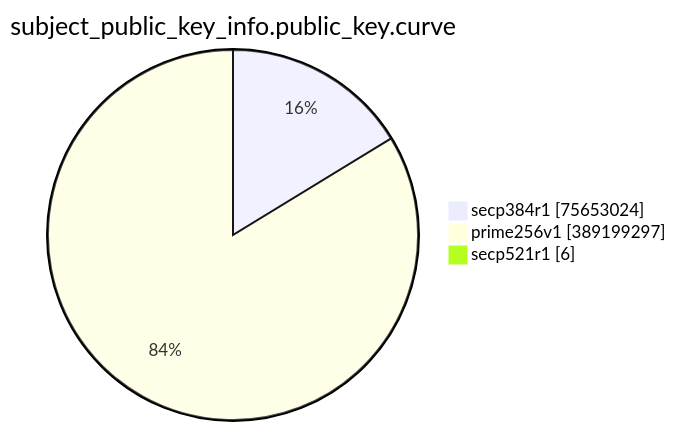
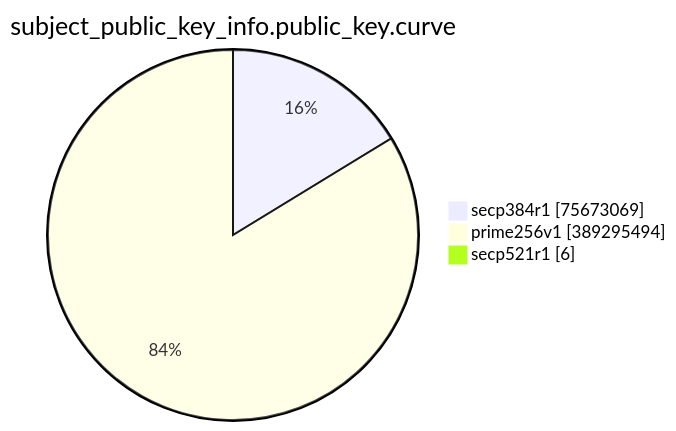
Before and after one commit to christiankrug/ctmonitor_visualization: the eighth of 15 diagrams in TOTAL/README.md, drawn with Mermaid. The commit also changed other lines of this file, not shown here.

````diff
--- a/TOTAL/README.md
+++ b/TOTAL/README.md
@@ -3094,7 +3094,7 @@
 ```mermaid
 pie showData
 title subject_public_key_info.public_key.curve
-"secp384r1" :75653024
-"prime256v1" :389199297
+"secp384r1" :75673069
+"prime256v1" :389295494
 "secp521r1" :6
 ```
````
